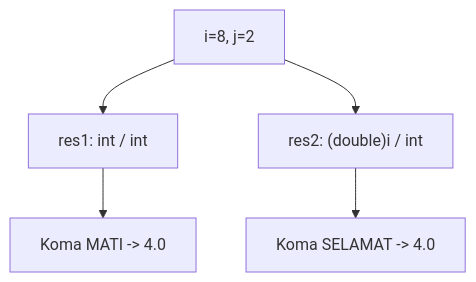
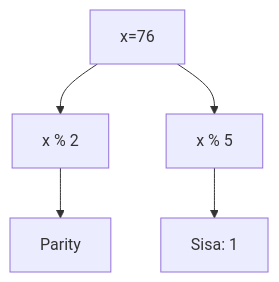
Diagram 12 of 25 in part-c-pemahaman-cpp/01-tipe-data/latihan/set-11.md (amnahwaida/OSNK_INF_PREP), drawn with Mermaid before and after one commit. The commit also changed other lines of this file and 71 other files, not shown here.

````diff
--- a/part-c-pemahaman-cpp/01-tipe-data/latihan/set-11.md
+++ b/part-c-pemahaman-cpp/01-tipe-data/latihan/set-11.md
@@ -269,7 +348,7 @@
 ```mermaid
 graph TD
-    A["i=8, j=2"] --> B["res1: int / int"]
-    B --> C["Koma MATI -> 4.0"]
-    A --> D["res2: (double)i / int"]
-    D --> E["Koma SELAMAT -> 4.0"]
+A[x=76] --> B[x % 2]
+B --> C[Parity]
+A --> D[x % 5]
+D --> E[Sisa: 1]
 ```
````
